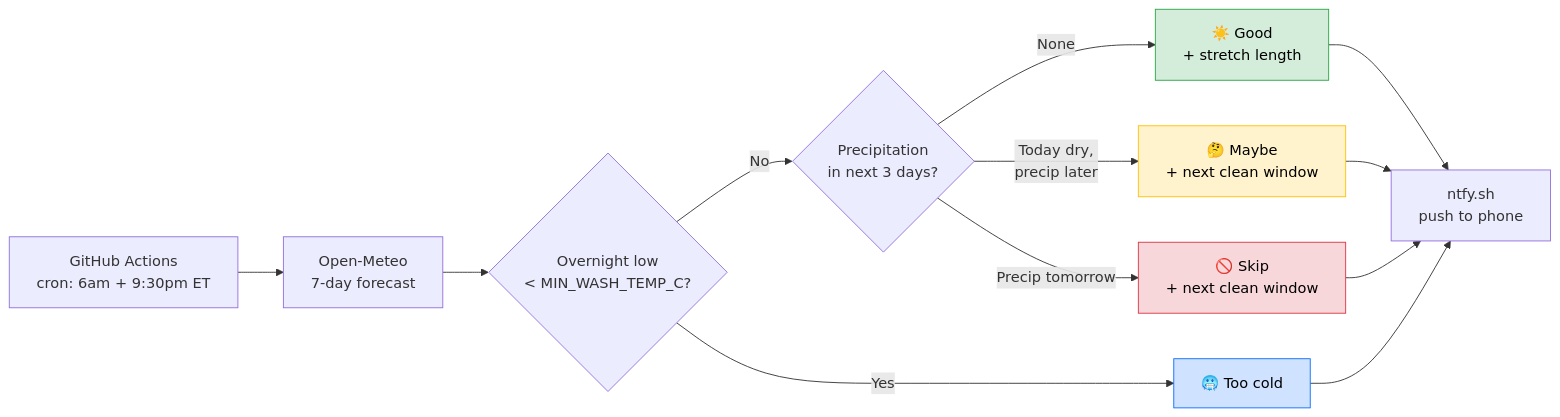
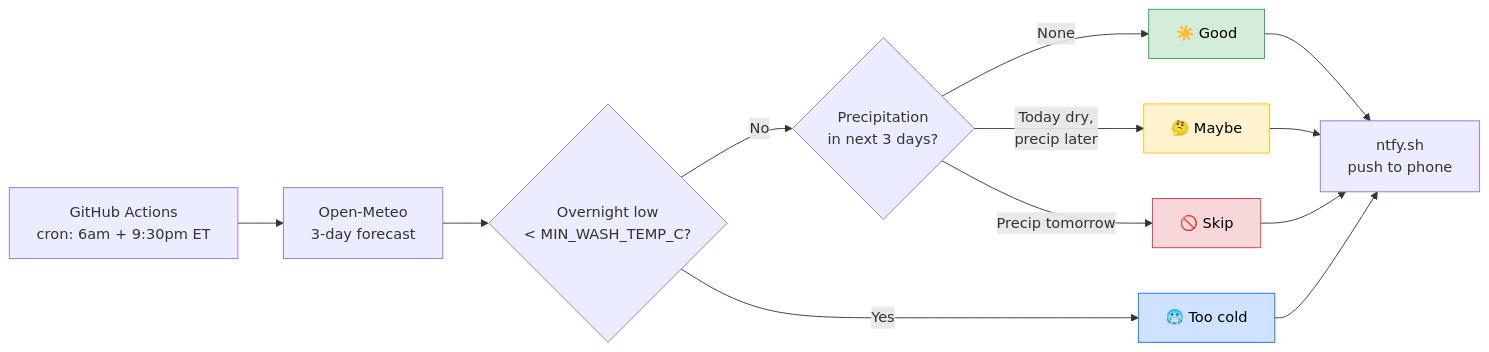
Before and after one commit to azilnik/Car-wash-time: the diagram in README.md, drawn with Mermaid. The commit also changed other lines of this file and 2 other files, not shown here.

````diff
--- a/README.md
+++ b/README.md
@@ -79,19 +79,19 @@
 ```mermaid
 flowchart LR
-    A[GitHub Actions<br/>cron: 6am + 9:30pm ET] --> B[Open-Meteo<br/>7-day forecast]
+    A[GitHub Actions<br/>cron: 6am + 9:30pm ET] --> B[Open-Meteo<br/>3-day forecast]
     B --> H{Overnight low<br/>< MIN_WASH_TEMP_C?}
     H -->|Yes| I[🥶 Too cold]
     H -->|No| C{Precipitation<br/>in next 3 days?}
-    C -->|None| D[☀️ Good<br/>+ stretch length]
-    C -->|Today dry,<br/>precip later| E[🤔 Maybe<br/>+ next clean window]
-    C -->|Precip tomorrow| F[🚫 Skip<br/>+ next clean window]
+    C -->|None| D[☀️ Good]
+    C -->|Today dry,<br/>precip later| E[🤔 Maybe]
+    C -->|Precip tomorrow| F[🚫 Skip]
     D --> G[ntfy.sh<br/>push to phone]
     E --> G
     F --> G
     I --> G
 
     style D fill:#d4edda,stroke:#28a745,color:#000
     style E fill:#fff3cd,stroke:#ffc107,color:#000
     style F fill:#f8d7da,stroke:#dc3545,color:#000
     style I fill:#cfe2ff,stroke:#0d6efd,color:#000
 ```
````
